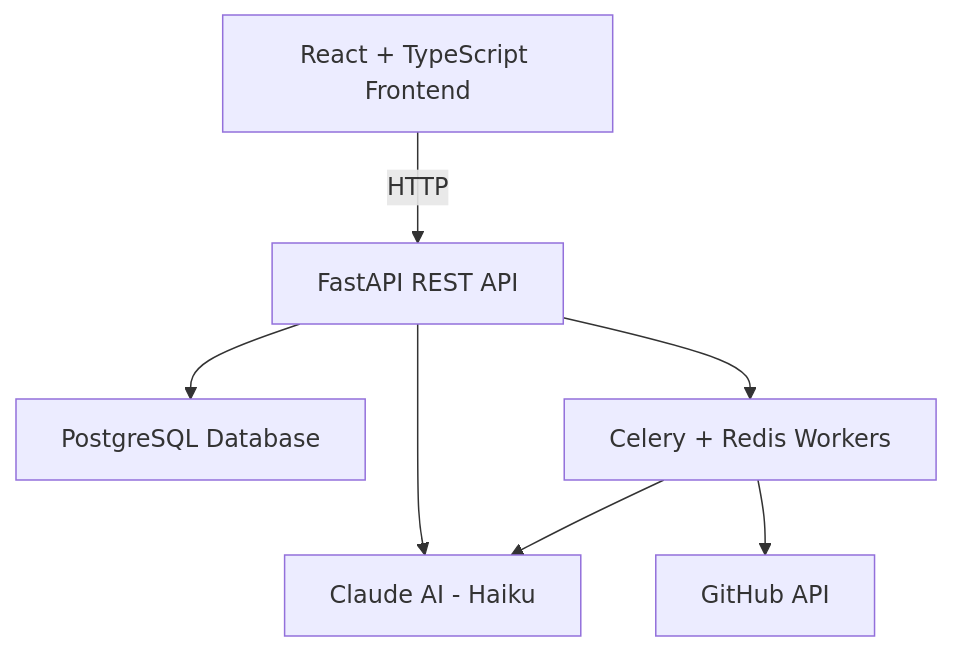
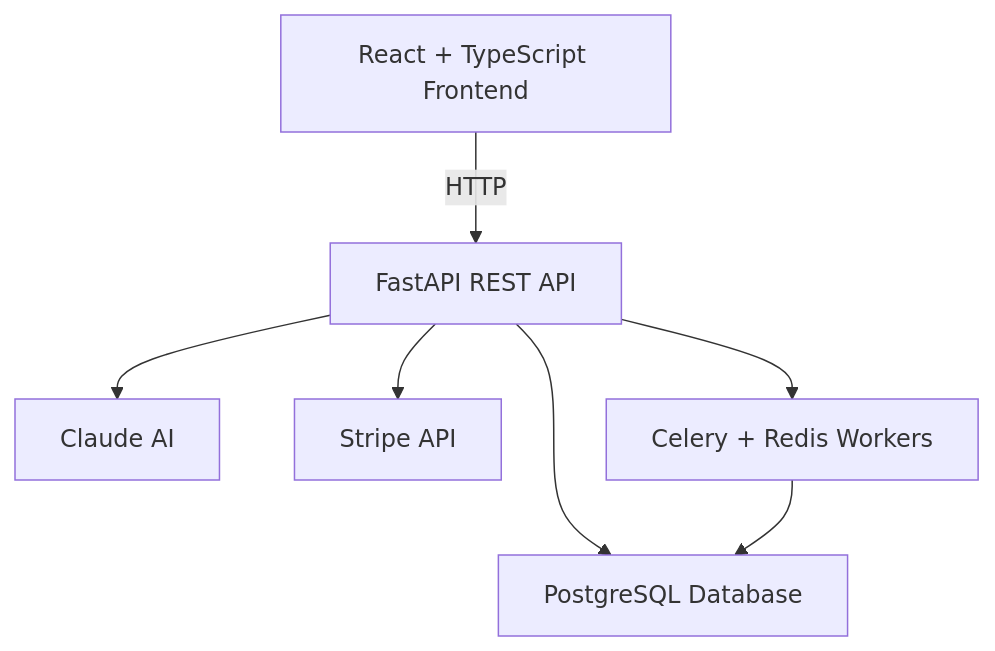
One commit to Hloganathan08/ai-finance-ops changed the diagram in README.md. Above: the diagram before and after it, drawn with Mermaid. The commit also changed other lines of this file, not shown here.

````diff
--- a/README.md
+++ b/README.md
@@ -35,9 +39,9 @@
 ```mermaid
 graph TD
     A[React + TypeScript Frontend] -->|HTTP| B[FastAPI REST API]
     B --> C[PostgreSQL Database]
-    B --> D[Claude AI - Haiku]
-    B --> E[Celery + Redis Workers]
-    E --> F[GitHub API]
-    E --> D
+    B --> D[Claude AI]
+    B --> E[Stripe API]
+    B --> F[Celery + Redis Workers]
+    F --> C
 ```
````
